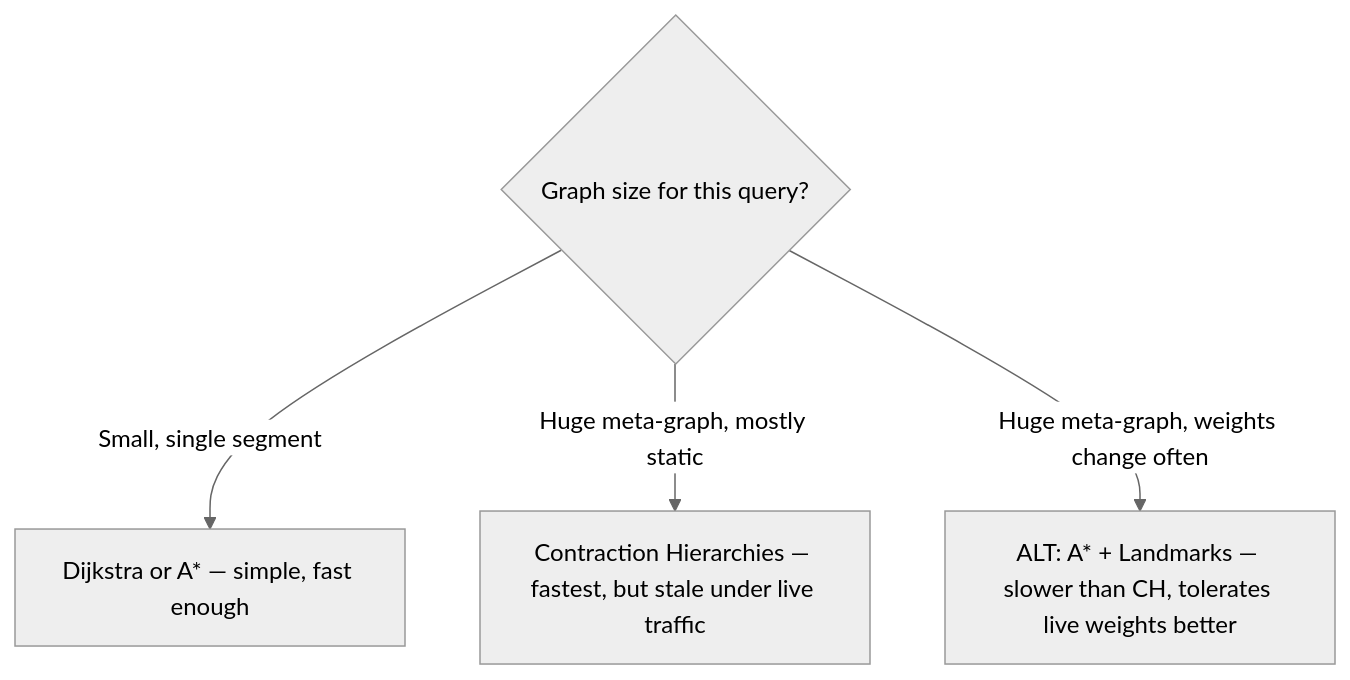
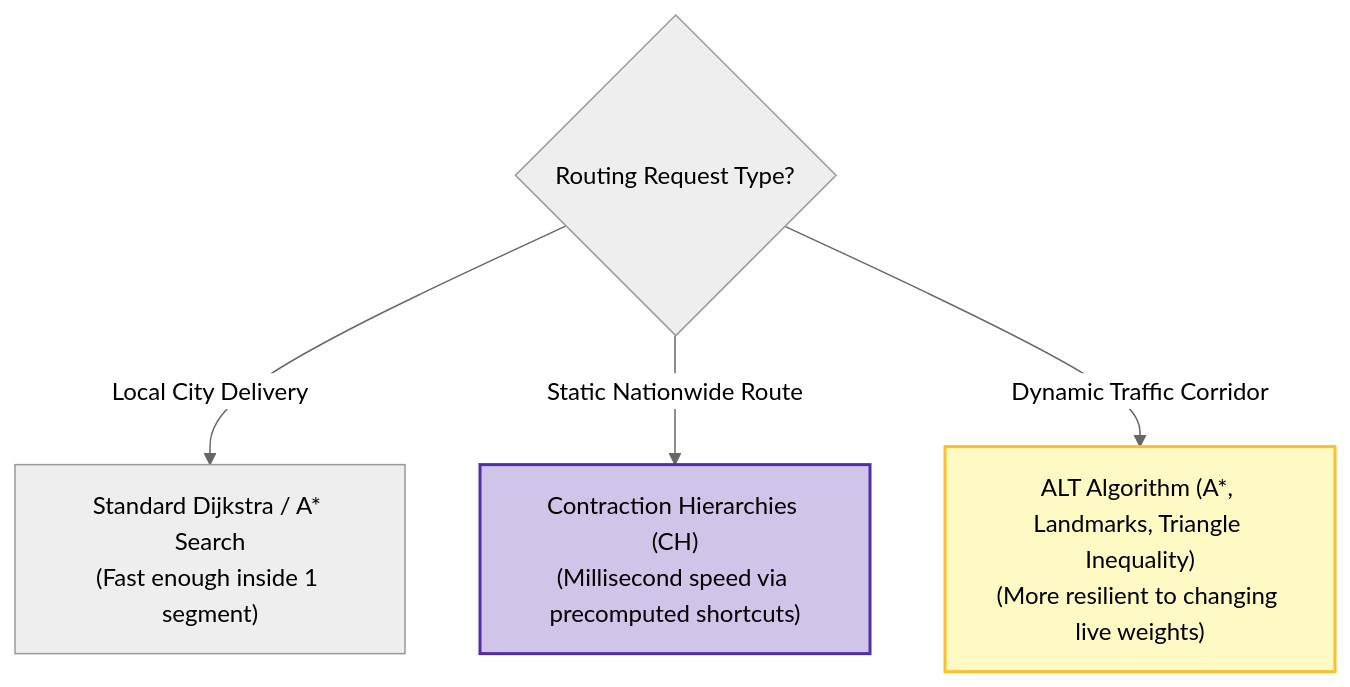
Before and after one commit to riyaz-pasha/Learnings: the ninth of 20 diagrams in system-design/HLD/0-course/28-Design Google Maps-FAANG-Guide-story.md, drawn with Mermaid (neutral theme). The commit also changed other lines of this file and 1 other file, not shown here.

````diff
--- a/system-design/HLD/0-course/28-Design Google Maps-FAANG-Guide-story.md
+++ b/system-design/HLD/0-course/28-Design Google Maps-FAANG-Guide-story.md
@@ -187,6 +499,9 @@
 ```mermaid
 flowchart TD
-    A{Graph size for this query?} -->|Small, single segment| B[Dijkstra or A* — simple, fast enough]
-    A -->|Huge meta-graph, mostly static| C[Contraction Hierarchies — fastest, but stale under live traffic]
-    A -->|Huge meta-graph, weights change often| D[ALT: A* + Landmarks — slower than CH, tolerates live weights better]
+    A{"Routing Request Type?"} -->|"Local City Delivery"| B["Standard Dijkstra / A* Search<br/>(Fast enough inside 1 segment)"]
+    A -->|"Static Nationwide Route"| C["Contraction Hierarchies (CH)<br/>(Millisecond speed via precomputed shortcuts)"]
+    A -->|"Dynamic Traffic Corridor"| D["ALT Algorithm (A*, Landmarks, Triangle Inequality)<br/>(More resilient to changing live weights)"]
+
+    style C fill:#d1c4e9,stroke:#512da8,stroke-width:2px
+    style D fill:#fff9c4,stroke:#fbc02d,stroke-width:2px
 ```
````
